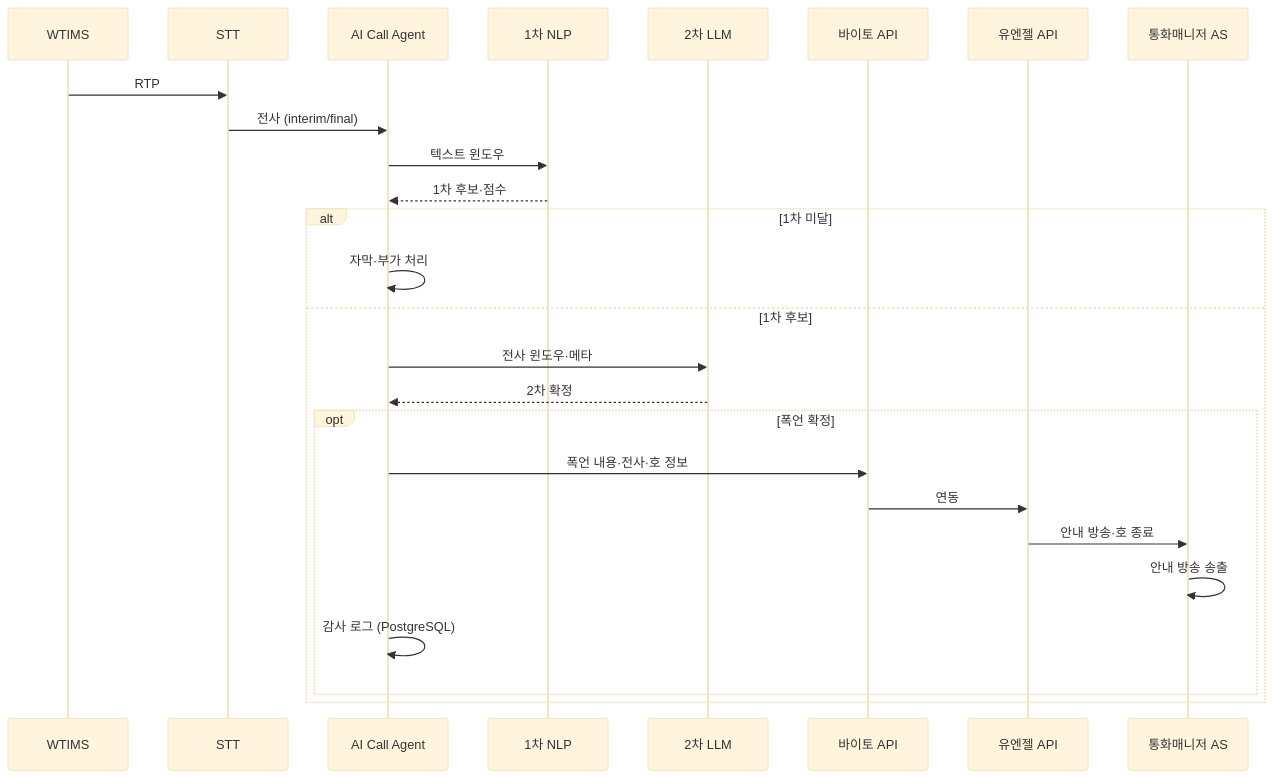
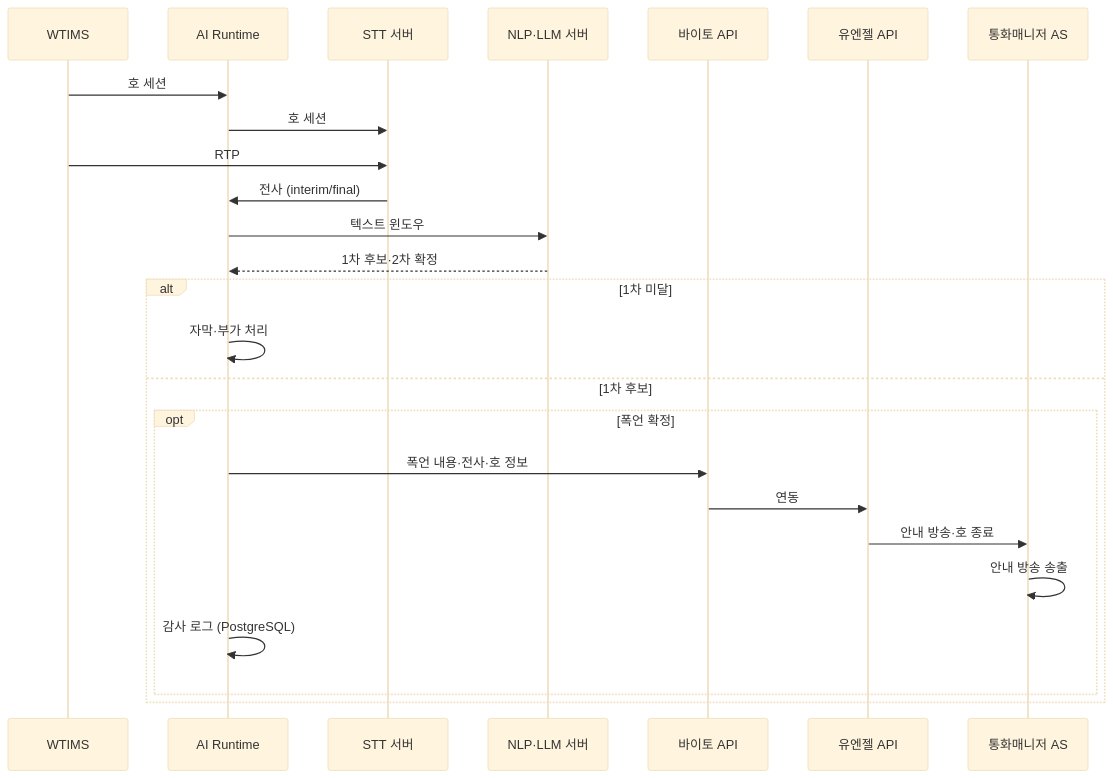
Before and after one commit to hak023/agentic_ai_callbot: the first of 2 diagrams in docs/architecture/minimal-stt-profanity-architecture.md, drawn with Mermaid (base theme). The commit also changed other lines of this file, not shown here.

````diff
--- a/docs/architecture/minimal-stt-profanity-architecture.md
+++ b/docs/architecture/minimal-stt-profanity-architecture.md
@@ -33,29 +33,28 @@
 ```mermaid
 sequenceDiagram
     participant WT as WTIMS
-    participant STT as STT
-    participant AIR as AI Call Agent
-    participant NLP as 1차 NLP
-    participant LLM as 2차 LLM
+    participant RT as AI Runtime
+    participant STT as STT 서버
+    participant ML as NLP·LLM 서버
     participant B as 바이토 API
     participant U as 유엔젤 API
     participant CM as 통화매니저 AS
 
+    WT->>RT: 호 세션
+    RT->>STT: 호 세션
     WT->>STT: RTP
-    STT->>AIR: 전사 (interim/final)
-    AIR->>NLP: 텍스트 윈도우
-    NLP-->>AIR: 1차 후보·점수
+    STT->>RT: 전사 (interim/final)
+    RT->>ML: 텍스트 윈도우
+    ML-->>RT: 1차 후보·2차 확정
     alt 1차 미달
-        AIR->>AIR: 자막·부가 처리
+        RT->>RT: 자막·부가 처리
     else 1차 후보
-        AIR->>LLM: 전사 윈도우·메타
-        LLM-->>AIR: 2차 확정
         opt 폭언 확정
-            AIR->>B: 폭언 내용·전사·호 정보
+            RT->>B: 폭언 내용·전사·호 정보
             B->>U: 연동
             U->>CM: 안내 방송·호 종료
             CM->>CM: 안내 방송 송출
-            AIR->>AIR: 감사 로그 (PostgreSQL)
+            RT->>RT: 감사 로그 (PostgreSQL)
         end
     end
 ```
````
